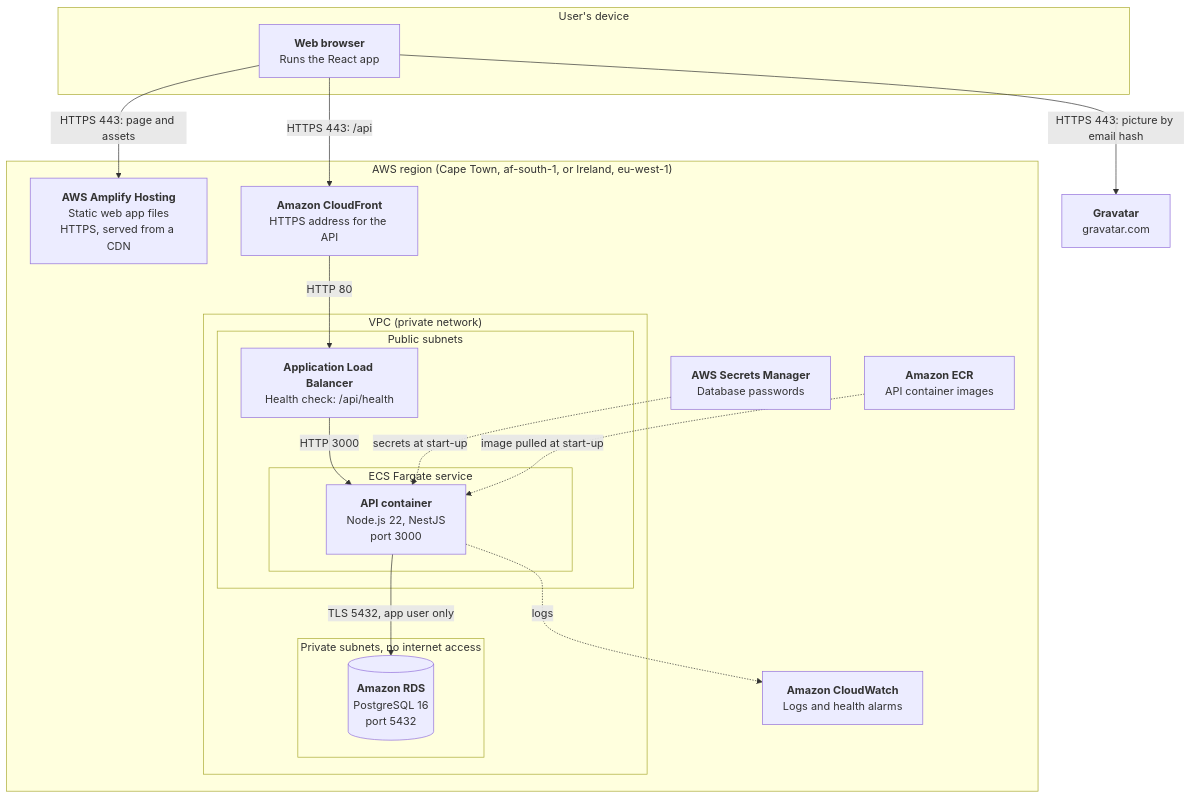
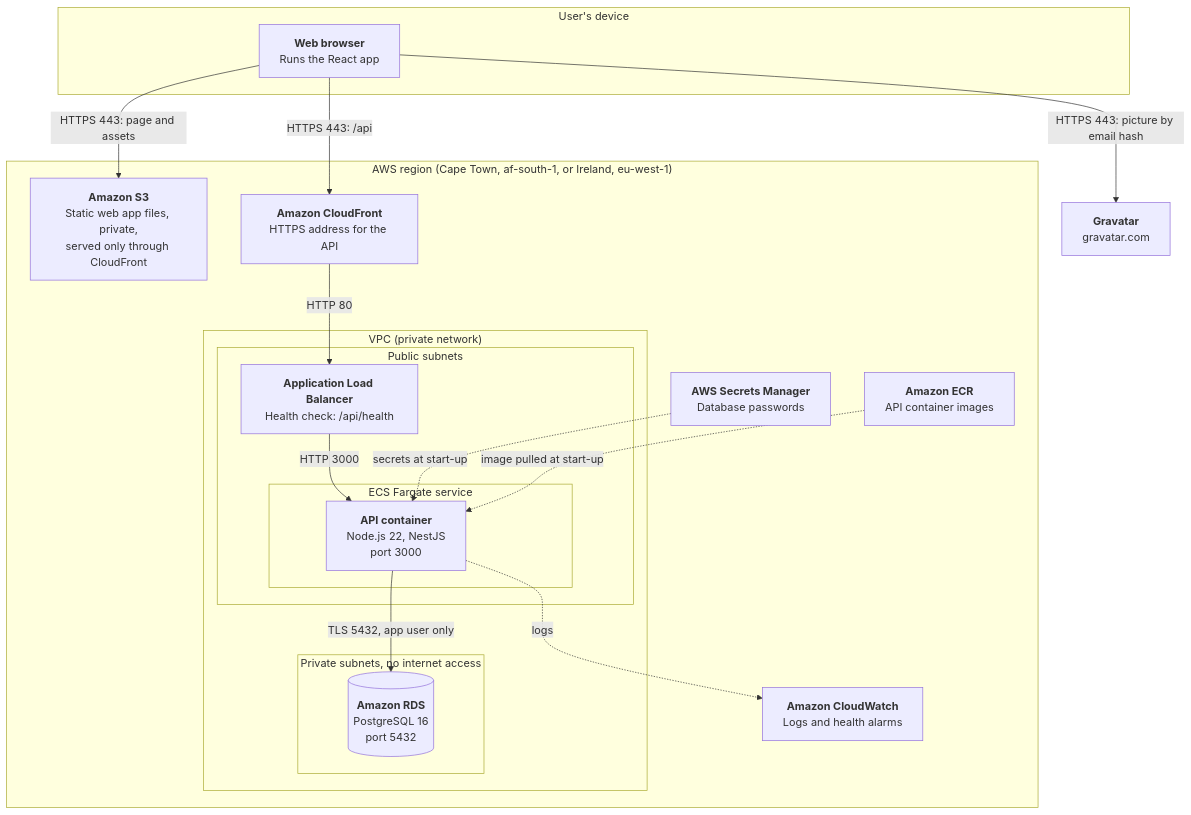
The ninth of 10 diagrams in docs/sas/SAS.md (Ayush-B99/hierarchyHub), drawn with Mermaid before and after one commit. The commit also changed other lines of this file and 10 other files, not shown here.

````diff
--- a/docs/sas/SAS.md
+++ b/docs/sas/SAS.md
@@ -351,38 +351,38 @@
 ```mermaid
 flowchart TB
     subgraph device["User's device"]
         browser["<b>Web browser</b><br/>Runs the React app"]
     end
 
     grav["<b>Gravatar</b><br/>gravatar.com"]
 
     subgraph aws["AWS region (Cape Town, af-south-1, or Ireland, eu-west-1)"]
-        amplify["<b>AWS Amplify Hosting</b><br/>Static web app files<br/>HTTPS, served from a CDN"]
+        amplify["<b>Amazon S3</b><br/>Static web app files, private,<br/>served only through CloudFront"]
         cf["<b>Amazon CloudFront</b><br/>HTTPS address for the API"]
         ecr["<b>Amazon ECR</b><br/>API container images"]
         sm["<b>AWS Secrets Manager</b><br/>Database passwords"]
         logs["<b>Amazon CloudWatch</b><br/>Logs and health alarms"]
 
         subgraph vpc["VPC (private network)"]
             subgraph pub["Public subnets"]
                 alb["<b>Application Load Balancer</b><br/>Health check: /api/health"]
                 subgraph ecs["ECS Fargate service"]
                     task["<b>API container</b><br/>Node.js 22, NestJS<br/>port 3000"]
                 end
             end
             subgraph priv["Private subnets, no internet access"]
                 rds[("<b>Amazon RDS</b><br/>PostgreSQL 16<br/>port 5432")]
             end
         end
     end
 
     browser -->|"HTTPS 443: page and assets"| amplify
     browser -->|"HTTPS 443: /api"| cf
     browser -->|"HTTPS 443: picture by email hash"| grav
     cf -->|"HTTP 80"| alb
     alb -->|"HTTP 3000"| task
     task -->|"TLS 5432, app user only"| rds
     sm -.->|"secrets at start-up"| task
     ecr -.->|"image pulled at start-up"| task
     task -.->|"logs"| logs
 ```
````
